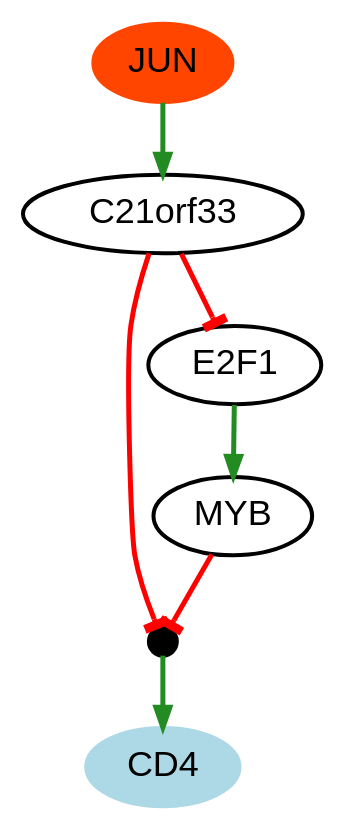
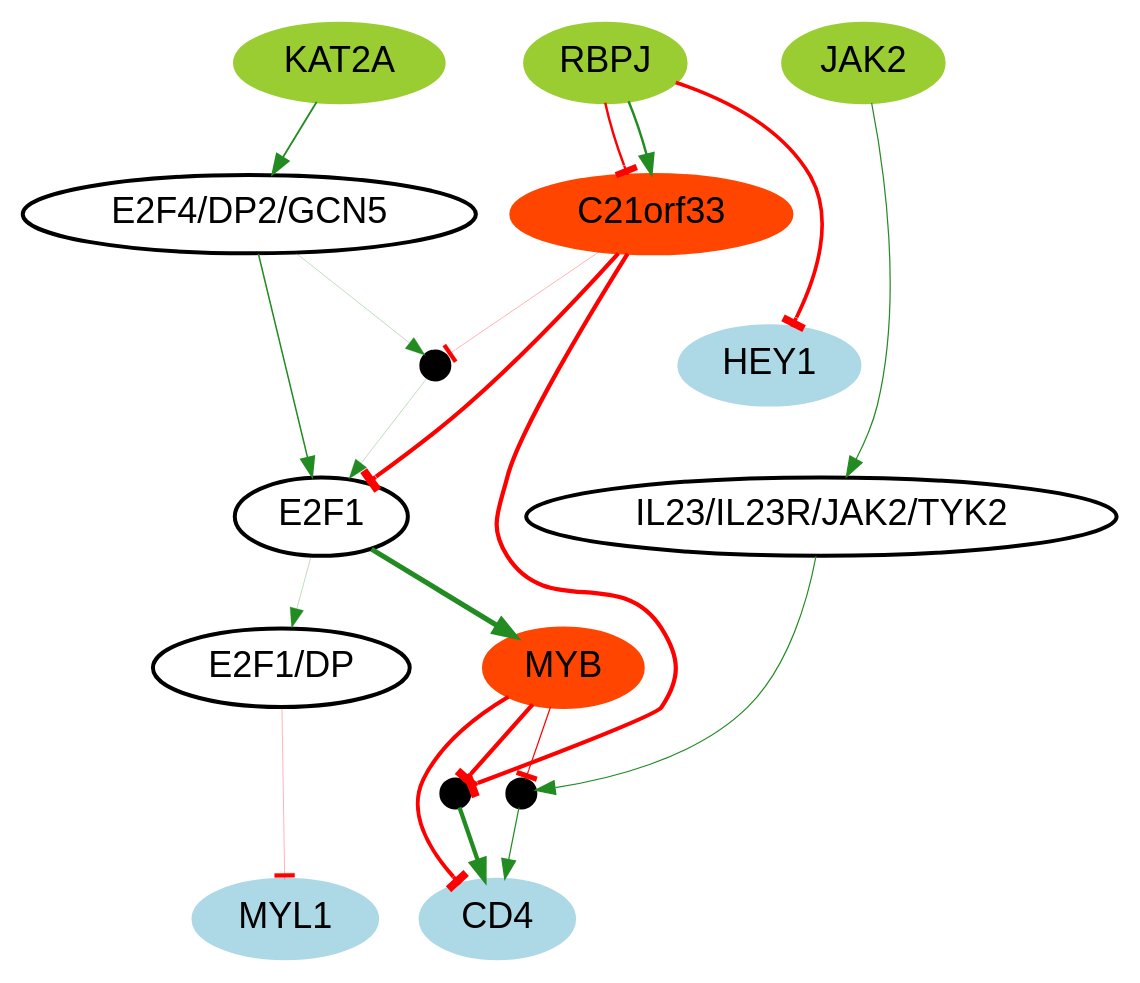
The diagram in demo/expected_results/late_TE/networks-union.dot (mathieubolteau/scRNA2BoNI), drawn with Graphviz before and after one commit. The commit also changed 64 other files, not shown here.

```diff
--- a/demo/expected_results/late_TE/networks-union.dot
+++ b/demo/expected_results/late_TE/networks-union.dot
@@ -1,14 +1,37 @@
 digraph  {
-C21orf33 [color=black, fillcolor=white, fontname=Helvetica, fontsize=18, shape=ellipse, style="filled, bold"];
-JUN [color=orangered, fillcolor=orangered, fontname=Helvetica, fontsize=18, shape=ellipse, style="filled, bold"];
 CD4 [color=lightblue, fillcolor=lightblue, fontname=Helvetica, fontsize=18, shape=ellipse, style="filled, bold"];
+MYB [color=orangered, fillcolor=orangered, fontname=Helvetica, fontsize=18, shape=ellipse, style="filled, bold"];
 "gate-1" [color=black, fillcolor=black, fixedsize=True, fontname=Helvetica, fontsize=18, gate=True, height="0.2", label=".", shape=ellipse, style="filled, bold", width="0.2"];
-MYB [color=black, fillcolor=white, fontname=Helvetica, fontsize=18, shape=ellipse, style="filled, bold"];
+"IL23/IL23R/JAK2/TYK2" [color=black, fillcolor=white, fontname=Helvetica, fontsize=18, shape=ellipse, style="filled, bold"];
+"gate-2" [color=black, fillcolor=black, fixedsize=True, fontname=Helvetica, fontsize=18, gate=True, height="0.2", label=".", shape=ellipse, style="filled, bold", width="0.2"];
+C21orf33 [color=orangered, fillcolor=orangered, fontname=Helvetica, fontsize=18, shape=ellipse, style="filled, bold"];
 E2F1 [color=black, fillcolor=white, fontname=Helvetica, fontsize=18, shape=ellipse, style="filled, bold"];
-C21orf33 -> "gate-1"  [arrowhead=tee, color=red, dir=forward, key=0, penwidth="2.5", sign="-1", weight="0.5"];
-C21orf33 -> E2F1  [arrowhead=tee, color=red, dir=forward, key=0, penwidth="2.5", sign="-1", weight="0.5"];
-JUN -> C21orf33  [arrowhead=normal, color=forestgreen, dir=forward, key=0, penwidth="2.5", sign=1, weight="0.5"];
-"gate-1" -> CD4  [arrowhead=normal, color=forestgreen, dir=forward, key=0, penwidth="2.5", sign=1, weight="0.5"];
-MYB -> "gate-1"  [arrowhead=tee, color=red, dir=forward, key=0, penwidth="2.5", sign="-1", weight="0.5"];
-E2F1 -> MYB  [arrowhead=normal, color=forestgreen, dir=forward, key=0, penwidth="2.5", sign=1, weight="0.5"];
+JAK2 [color=olivedrab3, fillcolor=olivedrab3, fontname=Helvetica, fontsize=18, shape=ellipse, style="filled, bold"];
+"E2F4/DP2/GCN5" [color=black, fillcolor=white, fontname=Helvetica, fontsize=18, shape=ellipse, style="filled, bold"];
+KAT2A [color=olivedrab3, fillcolor=olivedrab3, fontname=Helvetica, fontsize=18, shape=ellipse, style="filled, bold"];
+HEY1 [color=lightblue, fillcolor=lightblue, fontname=Helvetica, fontsize=18, shape=ellipse, style="filled, bold"];
+RBPJ [color=olivedrab3, fillcolor=olivedrab3, fontname=Helvetica, fontsize=18, shape=ellipse, style="filled, bold"];
+MYL1 [color=lightblue, fillcolor=lightblue, fontname=Helvetica, fontsize=18, shape=ellipse, style="filled, bold"];
+"E2F1/DP" [color=black, fillcolor=white, fontname=Helvetica, fontsize=18, shape=ellipse, style="filled, bold"];
+"gate-3" [color=black, fillcolor=black, fixedsize=True, fontname=Helvetica, fontsize=18, gate=True, height="0.2", label=".", shape=ellipse, style="filled, bold", width="0.2"];
+MYB -> CD4  [arrowhead=tee, color=red, dir=forward, key=0, penwidth="1.9696969696969697", sign="-1", weight="0.3939393939393939"];
+MYB -> "gate-1"  [arrowhead=tee, color=red, dir=forward, key=0, penwidth="0.6060606060606061", sign="-1", weight="0.12121212121212122"];
+MYB -> "gate-2"  [arrowhead=tee, color=red, dir=forward, key=0, penwidth="2.121212121212121", sign="-1", weight="0.42424242424242425"];
+"gate-1" -> CD4  [arrowhead=normal, color=forestgreen, dir=forward, key=0, penwidth="0.6060606060606061", sign=1, weight="0.12121212121212122"];
+"IL23/IL23R/JAK2/TYK2" -> "gate-1"  [arrowhead=normal, color=forestgreen, dir=forward, key=0, penwidth="0.6060606060606061", sign=1, weight="0.12121212121212122"];
+"gate-2" -> CD4  [arrowhead=normal, color=forestgreen, dir=forward, key=0, penwidth="2.121212121212121", sign=1, weight="0.42424242424242425"];
+C21orf33 -> "gate-2"  [arrowhead=tee, color=red, dir=forward, key=0, penwidth="2.121212121212121", sign="-1", weight="0.42424242424242425"];
+C21orf33 -> E2F1  [arrowhead=tee, color=red, dir=forward, key=0, penwidth="2.121212121212121", sign="-1", weight="0.42424242424242425"];
+C21orf33 -> "gate-3"  [arrowhead=tee, color=red, dir=forward, key=0, penwidth="0.15151515151515152", sign="-1", weight="0.030303030303030304"];
+E2F1 -> MYB  [arrowhead=normal, color=forestgreen, dir=forward, key=0, penwidth="2.5757575757575757", sign=1, weight="0.5151515151515151"];
+E2F1 -> "E2F1/DP"  [arrowhead=normal, color=forestgreen, dir=forward, key=0, penwidth="0.15151515151515152", sign=1, weight="0.030303030303030304"];
+JAK2 -> "IL23/IL23R/JAK2/TYK2"  [arrowhead=normal, color=forestgreen, dir=forward, key=0, penwidth="0.6060606060606061", sign=1, weight="0.12121212121212122"];
+"E2F4/DP2/GCN5" -> E2F1  [arrowhead=normal, color=forestgreen, dir=forward, key=0, penwidth="0.7575757575757576", sign=1, weight="0.15151515151515152"];
+"E2F4/DP2/GCN5" -> "gate-3"  [arrowhead=normal, color=forestgreen, dir=forward, key=0, penwidth="0.15151515151515152", sign=1, weight="0.030303030303030304"];
+KAT2A -> "E2F4/DP2/GCN5"  [arrowhead=normal, color=forestgreen, dir=forward, key=0, penwidth="0.9090909090909092", sign=1, weight="0.18181818181818182"];
+RBPJ -> HEY1  [arrowhead=tee, color=red, dir=forward, key=0, penwidth="1.8181818181818183", sign="-1", weight="0.36363636363636365"];
+RBPJ -> C21orf33  [arrowhead=tee, color=red, dir=forward, key=0, penwidth="1.2121212121212122", sign="-1", weight="0.24242424242424243"];
+RBPJ -> C21orf33  [arrowhead=normal, color=forestgreen, dir=forward, key=1, penwidth="1.2121212121212122", sign=1, weight="0.24242424242424243"];
+"E2F1/DP" -> MYL1  [arrowhead=tee, color=red, dir=forward, key=0, penwidth="0.15151515151515152", sign="-1", weight="0.030303030303030304"];
+"gate-3" -> E2F1  [arrowhead=normal, color=forestgreen, dir=forward, key=0, penwidth="0.15151515151515152", sign=1, weight="0.030303030303030304"];
 }
```
